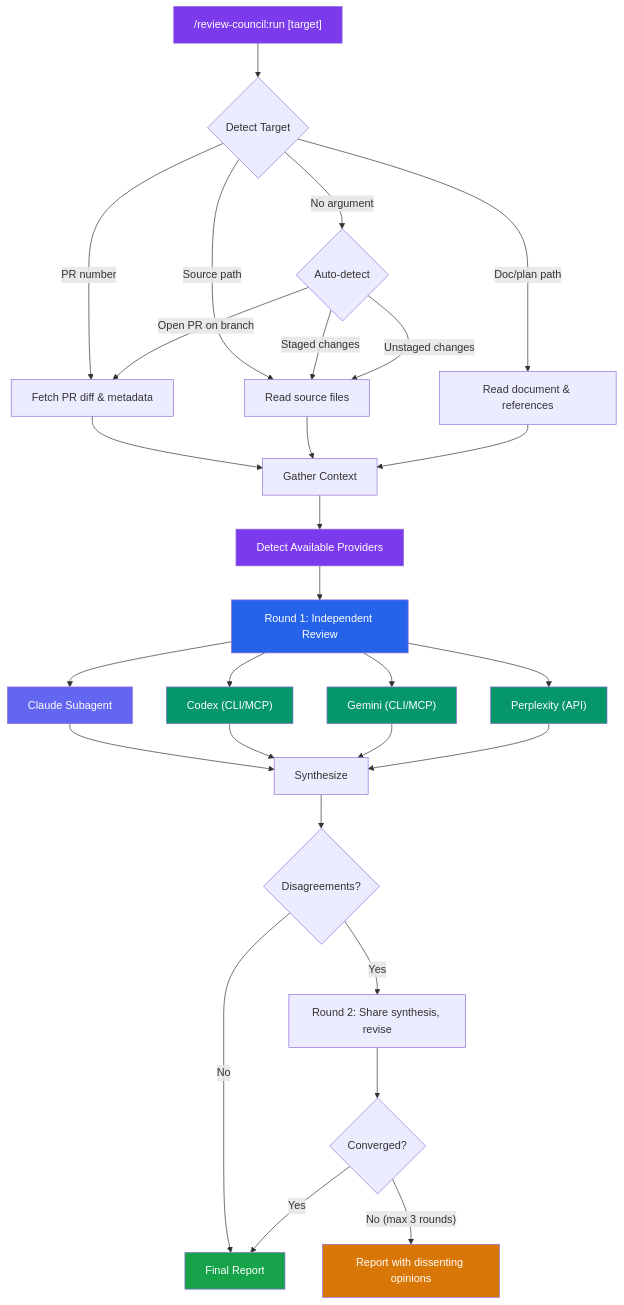
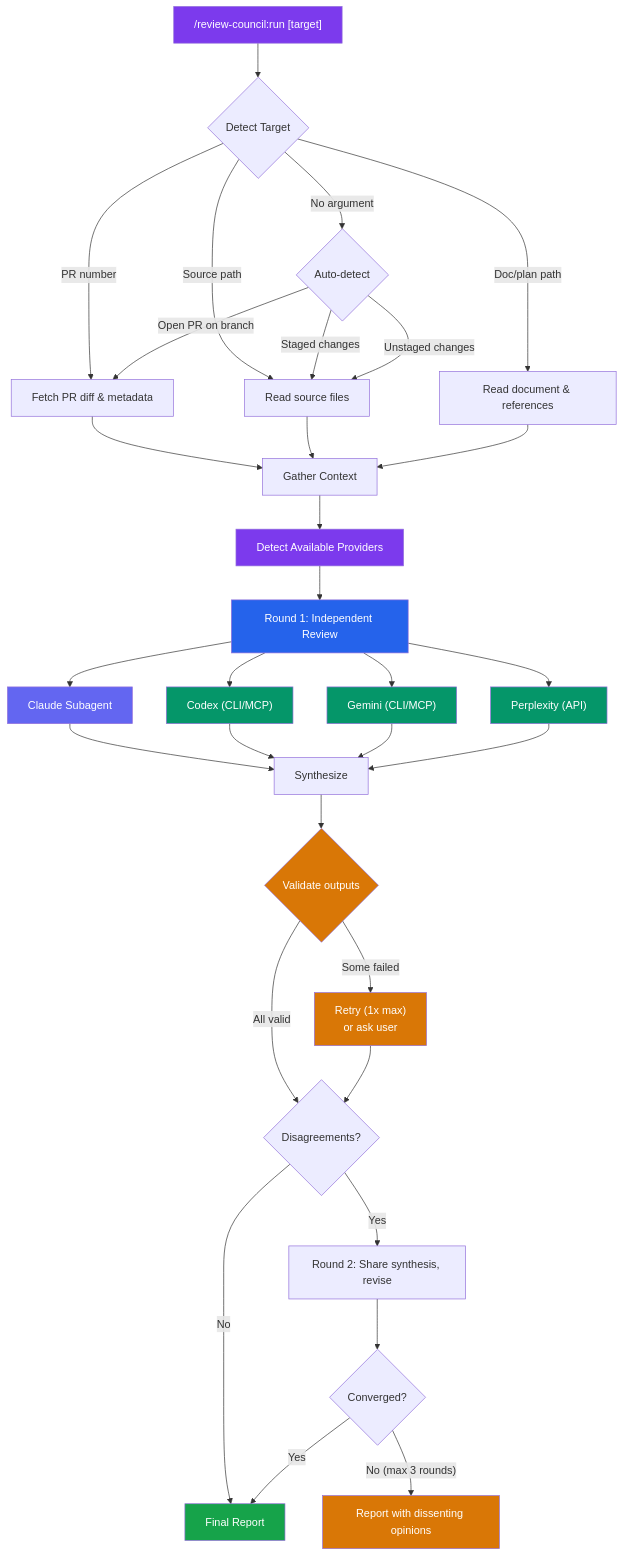
One commit to deployhq/review-council changed the first of 5 diagrams in README.md. Above: the diagram before and after it, drawn with Mermaid. The commit also changed other lines of this file and 2 other files, not shown here.

````diff
--- a/README.md
+++ b/README.md
@@ -34,46 +34,51 @@
 ```mermaid
 flowchart TD
     A["/review-council:run [target]"] --> B{Detect Target}
     B -->|PR number| C["Fetch PR diff & metadata"]
     B -->|Source path| D["Read source files"]
     B -->|Doc/plan path| E["Read document & references"]
     B -->|No argument| F{Auto-detect}
     F -->|Open PR on branch| C
     F -->|Staged changes| D
     F -->|Unstaged changes| D
 
     C --> G["Gather Context"]
     D --> G
     E --> G
 
     G --> H0["Detect Available Providers"]
     H0 --> H["Round 1: Independent Review"]
 
     H --> I["Claude Subagent"]
     H --> J["Codex (CLI/MCP)"]
     H --> J2["Gemini (CLI/MCP)"]
     H --> J3["Perplexity (API)"]
 
     I --> K["Synthesize"]
     J --> K
     J2 --> K
     J3 --> K
 
-    K --> L{Disagreements?}
+    K --> K2{Validate outputs}
+    K2 -->|"All valid"| L{Disagreements?}
+    K2 -->|"Some failed"| K3["Retry (1x max)<br/>or ask user"]
+    K3 --> L
     L -->|"Yes"| M["Round 2: Share synthesis, revise"]
     L -->|"No"| N["Final Report"]
 
     M --> O{Converged?}
     O -->|"Yes"| N
     O -->|"No (max 3 rounds)"| P["Report with dissenting opinions"]
 
     style A fill:#7c3aed,color:#fff
     style H0 fill:#7c3aed,color:#fff
     style H fill:#2563eb,color:#fff
     style I fill:#6366f1,color:#fff
     style J fill:#059669,color:#fff
     style J2 fill:#059669,color:#fff
     style J3 fill:#059669,color:#fff
     style N fill:#16a34a,color:#fff
     style P fill:#d97706,color:#fff
+    style K2 fill:#d97706,color:#fff
+    style K3 fill:#d97706,color:#fff
 ```
````
